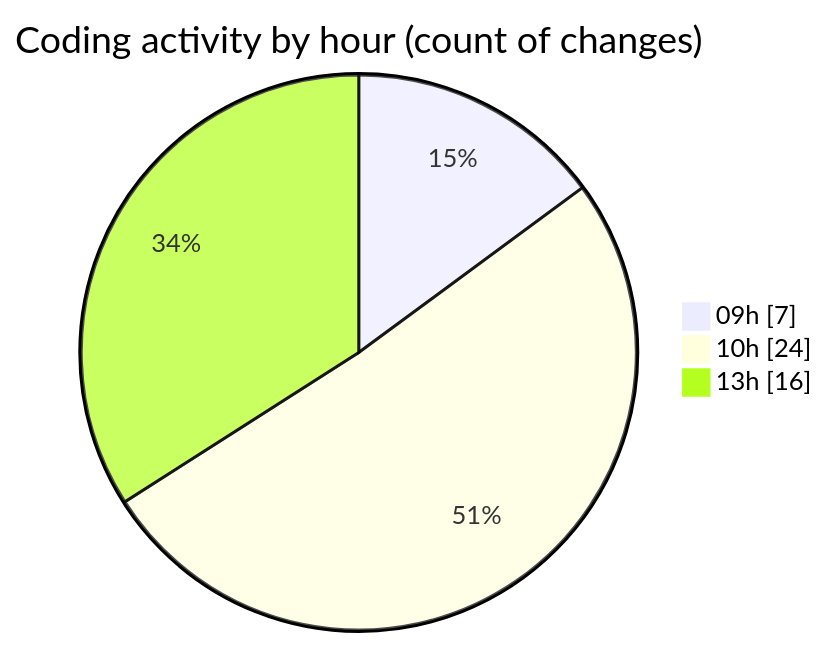
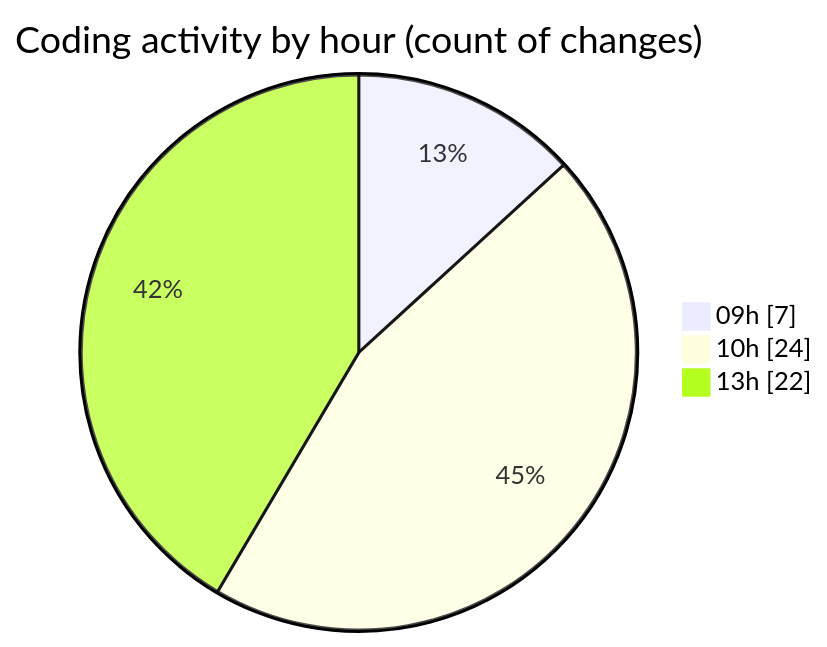
Before and after one commit to momahboobian/code-tracking: the second of 2 diagrams in 2025-04-10/cda/README.md, drawn with Mermaid. The commit also changed other lines of this file and 1 other file, not shown here.

````diff
--- a/2025-04-10/cda/README.md
+++ b/2025-04-10/cda/README.md
@@ -31,7 +31,7 @@
 ```mermaid
 pie showData
 title Coding activity by hour (count of changes)
 "09h" : 7
 "10h" : 24
-"13h" : 16
+"13h" : 22
 ```
````
